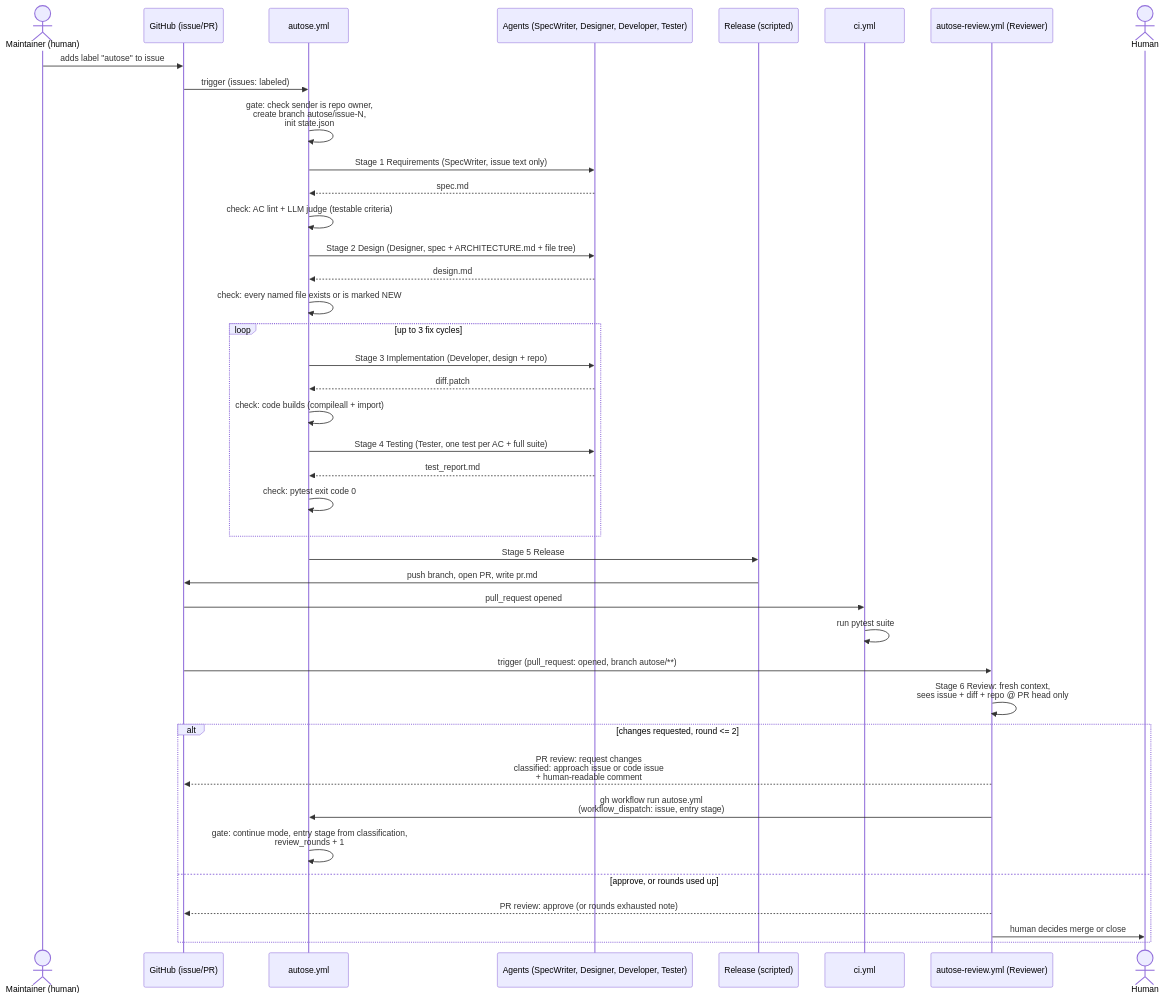
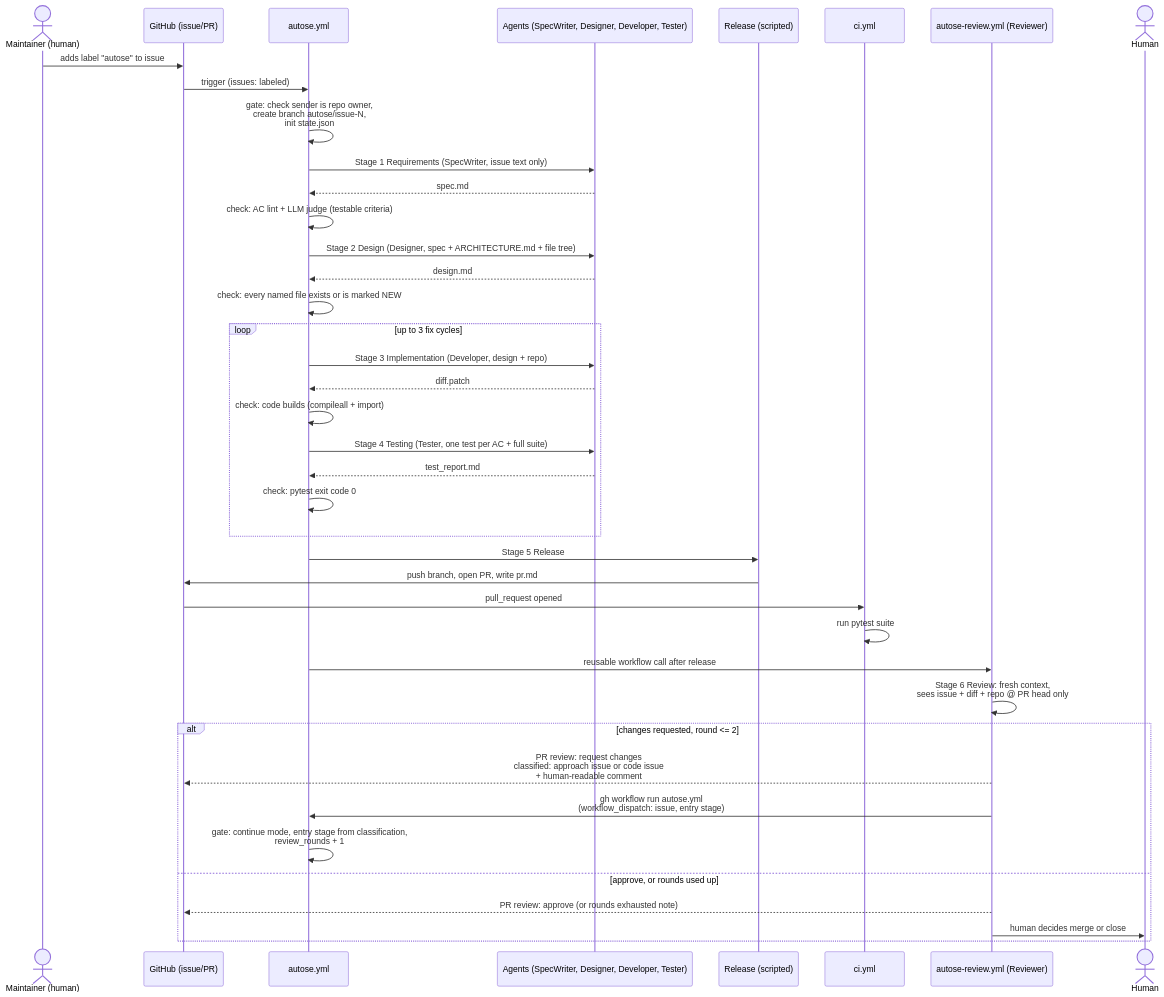
One commit to panemchaitanya/AutoSE_A3 changed the diagram in architecture/views/sequence-view.md. Above: the diagram before and after it, drawn with Mermaid. The commit also changed 2 other files, not shown here.

Commit message:
Correct authorship disclosure and document actual experiment provenance

````diff
--- a/architecture/views/sequence-view.md
+++ b/architecture/views/sequence-view.md
@@ -7,43 +7,43 @@
 ```mermaid
 sequenceDiagram
     actor M as Maintainer (human)
     participant GH as GitHub (issue/PR)
     participant W as autose.yml
     participant AG as Agents (SpecWriter, Designer, Developer, Tester)
     participant R as Release (scripted)
     participant CI as ci.yml
     participant V as autose-review.yml (Reviewer)
     actor H as Human
 
     M->>GH: adds label "autose" to issue #N
     GH->>W: trigger (issues: labeled)
     W->>W: gate: check sender is repo owner,<br/>create branch autose/issue-N,<br/>init state.json
     W->>AG: Stage 1 Requirements (SpecWriter, issue text only)
     AG-->>W: spec.md
     W->>W: check: AC lint + LLM judge (testable criteria)
     W->>AG: Stage 2 Design (Designer, spec + ARCHITECTURE.md + file tree)
     AG-->>W: design.md
     W->>W: check: every named file exists or is marked NEW
     loop up to 3 fix cycles
         W->>AG: Stage 3 Implementation (Developer, design + repo)
         AG-->>W: diff.patch
         W->>W: check: code builds (compileall + import)
         W->>AG: Stage 4 Testing (Tester, one test per AC + full suite)
         AG-->>W: test_report.md
         W->>W: check: pytest exit code 0
     end
     W->>R: Stage 5 Release
     R->>GH: push branch, open PR, write pr.md
     GH->>CI: pull_request opened
     CI->>CI: run pytest suite
-    GH->>V: trigger (pull_request: opened, branch autose/**)
+    W->>V: reusable workflow call after release
     V->>V: Stage 6 Review: fresh context,<br/>sees issue + diff + repo @ PR head only
     alt changes requested, round <= 2
         V-->>GH: PR review: request changes<br/>classified: approach issue or code issue<br/>+ human-readable comment
         V->>W: gh workflow run autose.yml<br/>(workflow_dispatch: issue, entry stage)
         W->>W: gate: continue mode, entry stage from classification,<br/>review_rounds + 1
     else approve, or rounds used up
         V-->>GH: PR review: approve (or rounds exhausted note)
         V->>H: human decides merge or close
     end
 ```
````
